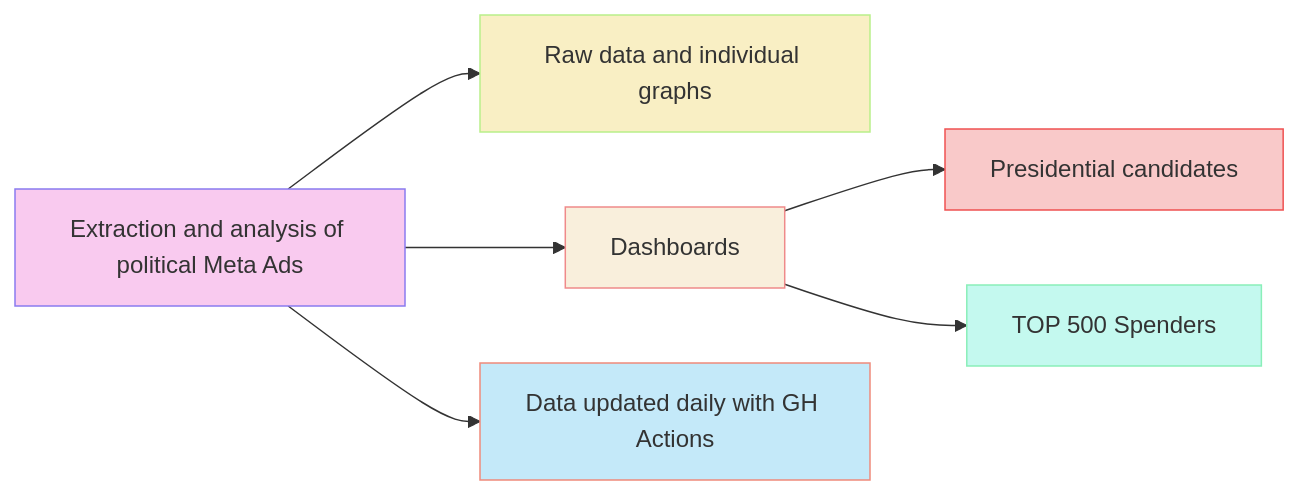
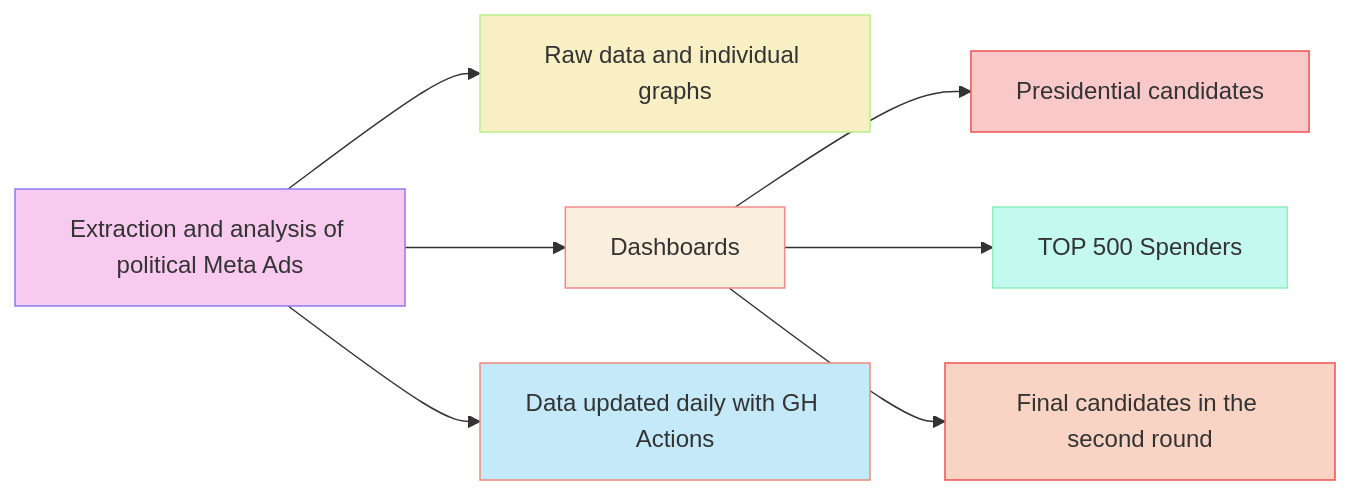
One commit to opop999/TI_monitoring_fb_political_ads_2023 changed the diagram in README.md. Above: the diagram before and after it, drawn with Mermaid. The commit also changed other lines of this file, not shown here.

````diff
--- a/README.md
+++ b/README.md
@@ -51,21 +56,24 @@
 ``` mermaid
 graph LR
 C[Extraction and analysis of political Meta Ads]
 D[Raw data and individual graphs]
 F[Dashboards]
 H[Presidential candidates]
 I[TOP 500 Spenders]
 J[Data updated daily with GH Actions]
+K[Final candidates in the second round]
 C --> D
 F --> H
 C --> F
 F --> I
 C --> J
+F --> K
 style C fill:#f9caef,stroke:#8a7bef
 style D fill:#f9efc4,stroke:#b9ef8a
 style F fill:#F9EFDC,stroke:#ef8a8a
 style H fill:#f9c9c9,stroke:#ef5151
 style I fill:#c4f9ef,stroke:#8aefb9
 style J fill:#C4E9F9,stroke:#ef8a7b
+style K fill:#F9D4C4,stroke:#ef5151
 
 ```
````
